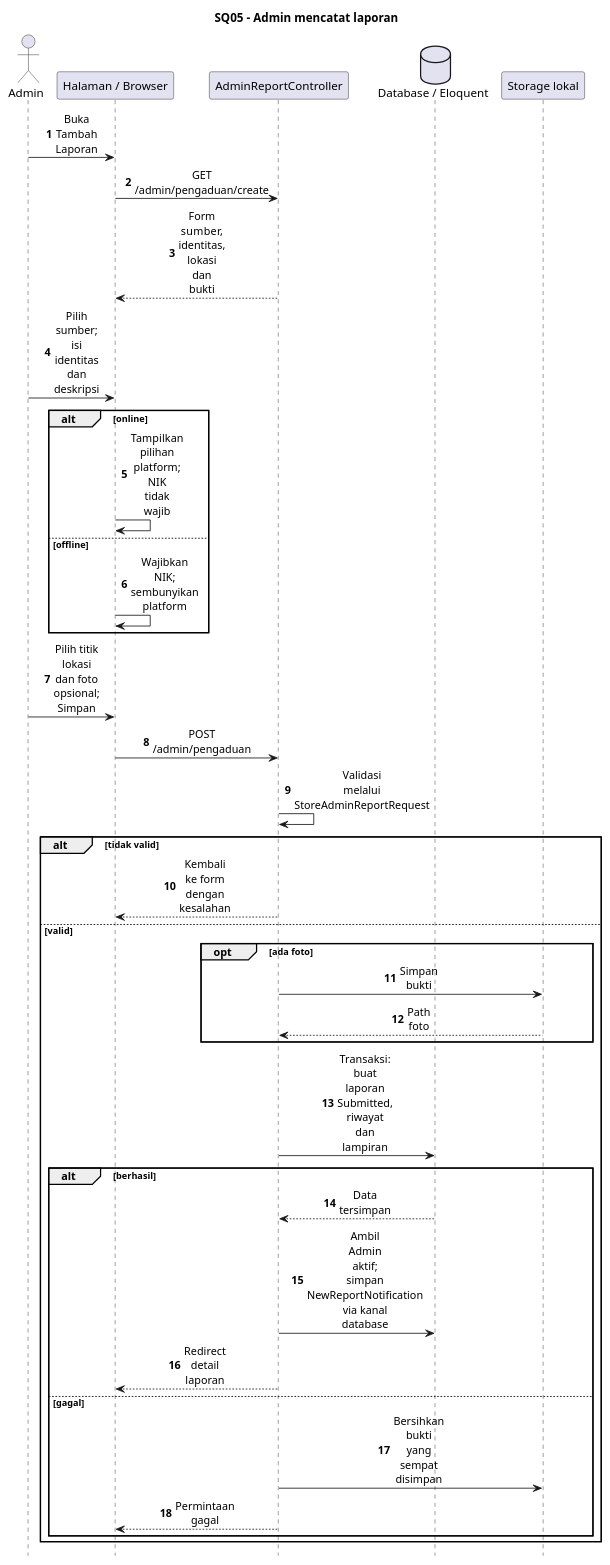
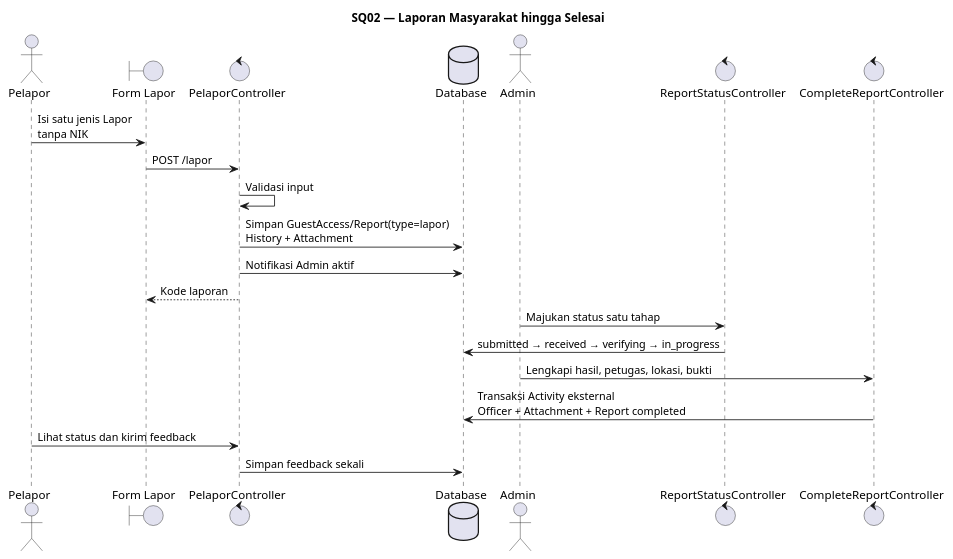
One commit to Samuel-smr/Satpolpp changed the second of 3 diagrams in docs/SIPRAJA-sequence.puml. Above: the diagram before and after it, drawn with PlantUML. The commit also changed other lines of this file and 91 other files, not shown here.

```diff
--- a/docs/SIPRAJA-sequence.puml
+++ b/docs/SIPRAJA-sequence.puml
@@ -148,42 +25,24 @@
-@startuml SQ05
-title SQ05 - Admin mencatat laporan
-hide footbox
-skinparam shadowing false
-skinparam sequenceMessageAlign center
-skinparam maxMessageSize 55
-autonumber
-actor "Admin" as A
-participant "Halaman / Browser" as B
-participant "AdminReportController" as C
-database "Database / Eloquent" as D
-participant "Storage lokal" as F
-A -> B : Buka Tambah Laporan
-B -> C : GET /admin/pengaduan/create
-C --> B : Form sumber, identitas, lokasi dan bukti
-A -> B : Pilih sumber; isi identitas dan deskripsi
-alt online
-B -> B : Tampilkan pilihan platform; NIK tidak wajib
-else offline
-B -> B : Wajibkan NIK; sembunyikan platform
-end
-A -> B : Pilih titik lokasi dan foto opsional; Simpan
-B -> C : POST /admin/pengaduan
-C -> C : Validasi melalui StoreAdminReportRequest
-alt tidak valid
-C --> B : Kembali ke form dengan kesalahan
-else valid
-opt ada foto
-C -> F : Simpan bukti
-F --> C : Path foto
-end
-C -> D : Transaksi: buat laporan Submitted, riwayat dan lampiran
-alt berhasil
-D --> C : Data tersimpan
-C -> D : Ambil Admin aktif; simpan NewReportNotification via kanal database
-C --> B : Redirect detail laporan
-else gagal
-C -> F : Bersihkan bukti yang sempat disimpan
-C --> B : Permintaan gagal
-end
-end
+@startuml
+title SQ02 — Laporan Masyarakat hingga Selesai
+actor Pelapor
+boundary "Form Lapor" as UI
+control PelaporController as PC
+database Database as DB
+actor Admin
+control ReportStatusController as RSC
+control CompleteReportController as CRC
+
+Pelapor -> UI : Isi satu jenis Lapor\ntanpa NIK
+UI -> PC : POST /lapor
+PC -> PC : Validasi input
+PC -> DB : Simpan GuestAccess/Report(type=lapor)\nHistory + Attachment
+PC -> DB : Notifikasi Admin aktif
+PC --> UI : Kode laporan
+
+Admin -> RSC : Majukan status satu tahap
+RSC -> DB : submitted → received → verifying → in_progress
+Admin -> CRC : Lengkapi hasil, petugas, lokasi, bukti
+CRC -> DB : Transaksi Activity eksternal\nOfficer + Attachment + Report completed
+Pelapor -> PC : Lihat status dan kirim feedback
+PC -> DB : Simpan feedback sekali
 @enduml
```
